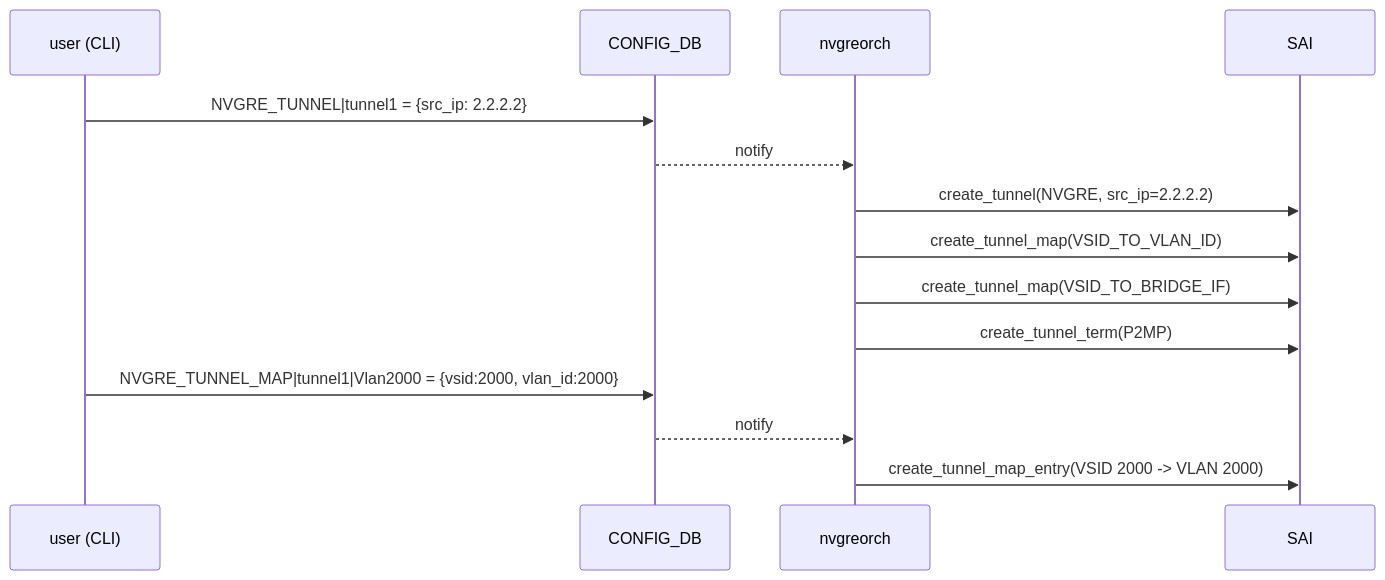
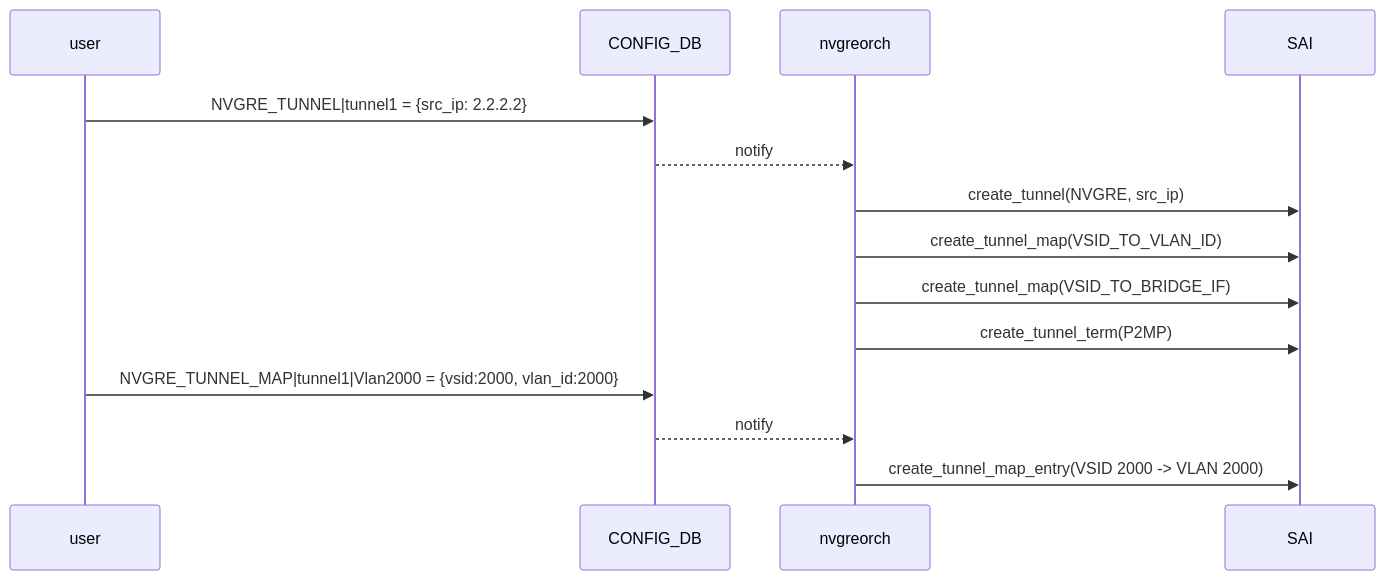
One commit to aoki-taquan/sonic-unofficial-docs changed the second of 2 diagrams in docs/overlay/nvgre-tunnel-in-sonic.md. Above: the diagram before and after it, drawn with Mermaid. The commit also changed other lines of this file and 4 other files, not shown here.

````diff
--- a/docs/overlay/nvgre-tunnel-in-sonic.md
+++ b/docs/overlay/nvgre-tunnel-in-sonic.md
@@ -90,16 +82,16 @@
 ```mermaid
 sequenceDiagram
-    participant U as user (CLI)
+    participant U as user
     participant C as CONFIG_DB
     participant O as nvgreorch
     participant S as SAI
     U->>C: NVGRE_TUNNEL|tunnel1 = {src_ip: 2.2.2.2}
     C-->>O: notify
-    O->>S: create_tunnel(NVGRE, src_ip=2.2.2.2)
+    O->>S: create_tunnel(NVGRE, src_ip)
     O->>S: create_tunnel_map(VSID_TO_VLAN_ID)
     O->>S: create_tunnel_map(VSID_TO_BRIDGE_IF)
     O->>S: create_tunnel_term(P2MP)
     U->>C: NVGRE_TUNNEL_MAP|tunnel1|Vlan2000 = {vsid:2000, vlan_id:2000}
     C-->>O: notify
     O->>S: create_tunnel_map_entry(VSID 2000 -> VLAN 2000)
 ```
````
